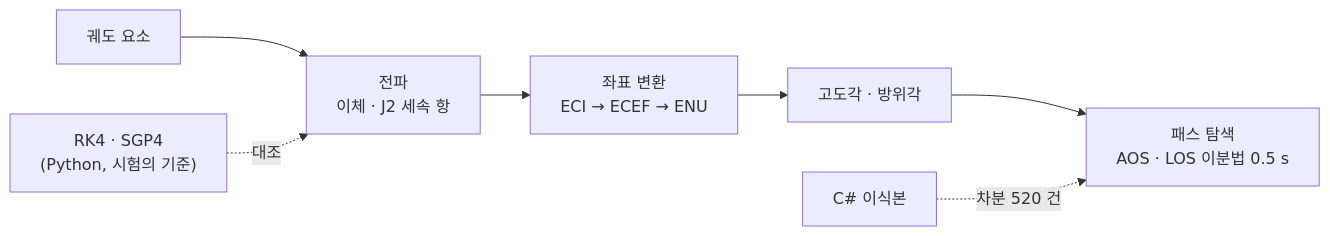
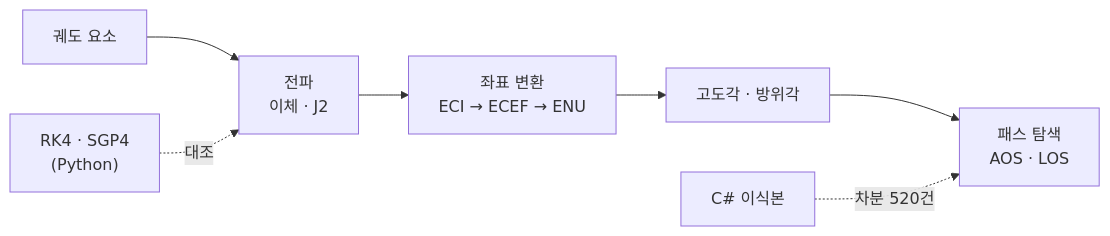
The first of 2 diagrams in README.md (Haejyn/orbit-pass-sim), drawn with Mermaid before and after one commit. The commit also changed other lines of this file and 5 other files, not shown here.

````diff
--- a/README.md
+++ b/README.md
@@ -25,9 +52,9 @@
 ```mermaid
 flowchart LR
-    E["궤도 요소"] --> P["전파<br/>이체 · J2 세속 항"]
+    E["궤도 요소"] --> P["전파<br/>이체 · J2"]
     P --> F["좌표 변환<br/>ECI → ECEF → ENU"]
     F --> G["고도각 · 방위각"]
-    G --> S["패스 탐색<br/>AOS · LOS 이분법 0.5 s"]
-    R["RK4 · SGP4<br/>(Python, 시험의 기준)"] -. 대조 .-> P
-    C["C# 이식본"] -. 차분 520 건 .-> S
+    G --> S["패스 탐색<br/>AOS · LOS"]
+    R["RK4 · SGP4<br/>(Python)"] -. 대조 .-> P
+    C["C# 이식본"] -. 차분 520건 .-> S
 ```
````
